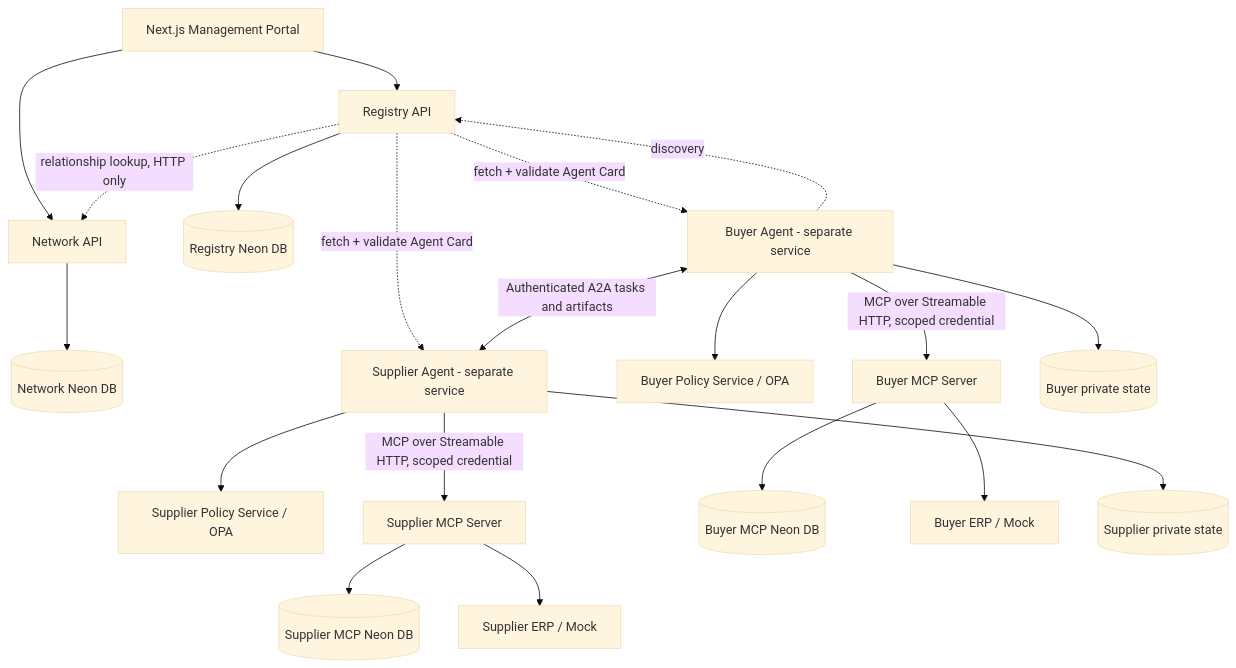
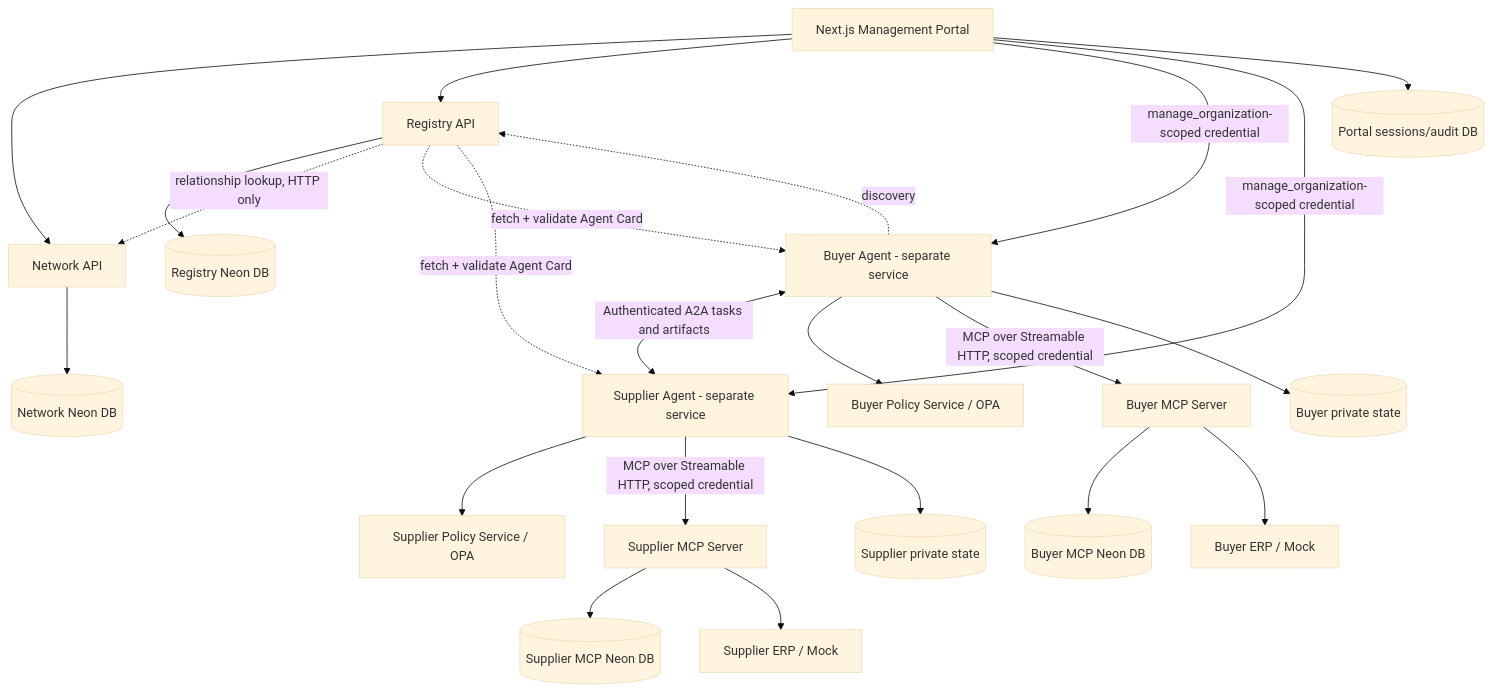
The diagram in aimo-brain-starter/docs/ARCHITECTURE.md (Ponnusa/aimo-ai), drawn with Mermaid (base theme) before and after one commit. The commit also changed other lines of this file and 76 other files, not shown here.

First line of the commit message:
AIMO BRAIN: implement M6 (organization control center and human approval portal)

````diff
--- a/aimo-brain-starter/docs/ARCHITECTURE.md
+++ b/aimo-brain-starter/docs/ARCHITECTURE.md
@@ -66,22 +95,25 @@
 ```mermaid
 flowchart TB
   P[Next.js Management Portal] --> N[Network API]
   P --> G[Registry API]
+  P -->|manage_organization-scoped credential| B
+  P -->|manage_organization-scoped credential| S
+  P --> PD[(Portal sessions/audit DB)]
   N --> R[(Network Neon DB)]
   G --> RG[(Registry Neon DB)]
   G -. relationship lookup, HTTP only .-> N
   G -. fetch + validate Agent Card .-> B[Buyer Agent - separate service]
   G -. fetch + validate Agent Card .-> S[Supplier Agent - separate service]
   B -. discovery .-> G
   B <-->|Authenticated A2A tasks and artifacts| S
   B --> BP[Buyer Policy Service / OPA]
   S --> SP[Supplier Policy Service / OPA]
   B -->|MCP over Streamable HTTP, scoped credential| BM[Buyer MCP Server]
   S -->|MCP over Streamable HTTP, scoped credential| SM[Supplier MCP Server]
   BM --> BMD[(Buyer MCP Neon DB)]
   SM --> SMD[(Supplier MCP Neon DB)]
   BM --> BE[Buyer ERP / Mock]
   SM --> SE[Supplier ERP / Mock]
   B --> BD[(Buyer private state)]
   S --> SD[(Supplier private state)]
 ```
````
